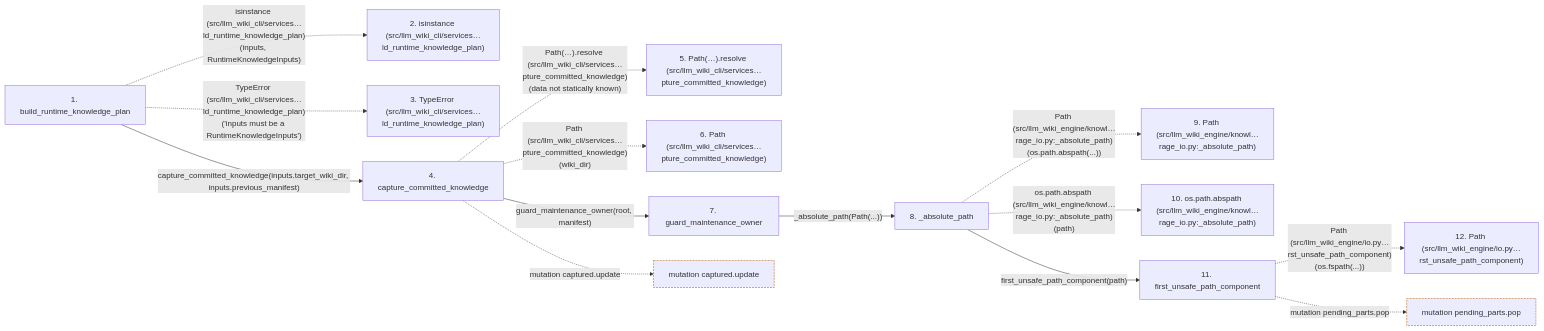
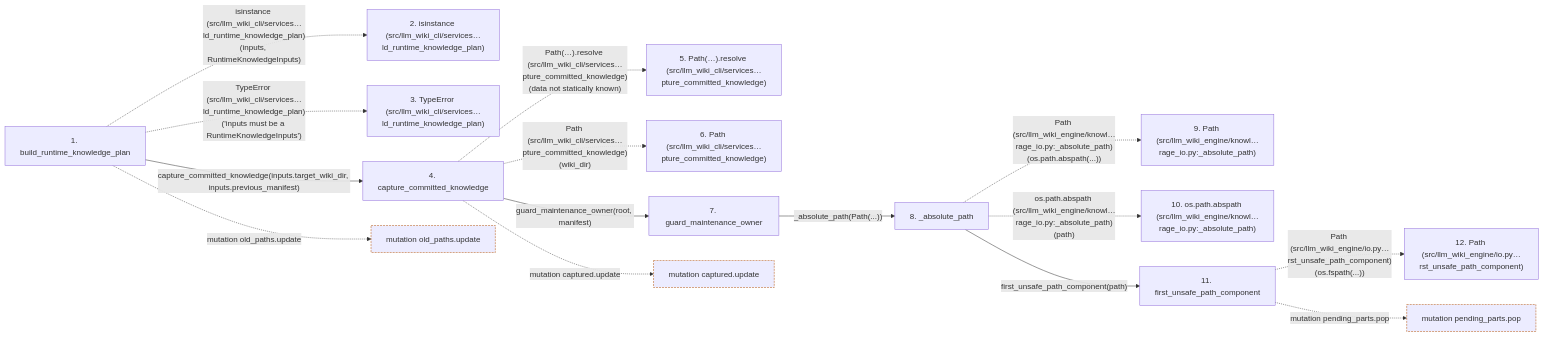
One commit to Denissvgn/python-wiki-llm changed the second of 2 diagrams in docs/llm_wiki/flows/api-build_runtime_knowledge_plan.md. Above: the diagram before and after it, drawn with Mermaid. The commit also changed other lines of this file and 699 other files, not shown here.

````diff
--- a/docs/llm_wiki/flows/api-build_runtime_knowledge_plan.md
+++ b/docs/llm_wiki/flows/api-build_runtime_knowledge_plan.md
@@ -182,38 +183,41 @@
 ```mermaid
 flowchart LR
     s1["1. build_runtime_knowledge_plan"]
     s2["2. isinstance (src/llm_wiki_cli/services…ld_runtime_knowledge_plan)"]
     s3["3. TypeError (src/llm_wiki_cli/services…ld_runtime_knowledge_plan)"]
     s4["4. capture_committed_knowledge"]
     s5["5. Path(…).resolve (src/llm_wiki_cli/services…pture_committed_knowledge)"]
     s6["6. Path (src/llm_wiki_cli/services…pture_committed_knowledge)"]
     s7["7. guard_maintenance_owner"]
     s8["8. _absolute_path"]
     s9["9. Path (src/llm_wiki_engine/knowl…rage_io.py:_absolute_path)"]
     s10["10. os.path.abspath (src/llm_wiki_engine/knowl…rage_io.py:_absolute_path)"]
     s11["11. first_unsafe_path_component"]
     s12["12. Path (src/llm_wiki_engine/io.py…rst_unsafe_path_component)"]
     s1 -. "isinstance (src/llm_wiki_cli/services…ld_runtime_knowledge_plan)(inputs, RuntimeKnowledgeInputs)" .-> s2
     s1 -. "TypeError (src/llm_wiki_cli/services…ld_runtime_knowledge_plan)('inputs must be a RuntimeKnowledgeInputs')" .-> s3
     s1 -->|"capture_committed_knowledge(inputs.target_wiki_dir, inputs.previous_manifest)"| s4
     s4 -. "Path(…).resolve (src/llm_wiki_cli/services…pture_committed_knowledge)(data not statically known)" .-> s5
     s4 -. "Path (src/llm_wiki_cli/services…pture_committed_knowledge)(wiki_dir)" .-> s6
     s4 -->|"guard_maintenance_owner(root, manifest)"| s7
     s7 -->|"_absolute_path(Path(...))"| s8
     s8 -. "Path (src/llm_wiki_engine/knowl…rage_io.py:_absolute_path)(os.path.abspath(...))" .-> s9
     s8 -. "os.path.abspath (src/llm_wiki_engine/knowl…rage_io.py:_absolute_path)(path)" .-> s10
     s8 -->|"first_unsafe_path_component(path)"| s11
     s11 -. "Path (src/llm_wiki_engine/io.py…rst_unsafe_path_component)(os.fspath(...))" .-> s12
-    b0["mutation captured.update"]
-    s4 -. "mutation captured.update" .-> b0
-    b1["mutation pending_parts.pop"]
-    s11 -. "mutation pending_parts.pop" .-> b1
+    b0["mutation old_paths.update"]
+    s1 -. "mutation old_paths.update" .-> b0
+    b1["mutation captured.update"]
+    s4 -. "mutation captured.update" .-> b1
+    b2["mutation pending_parts.pop"]
+    s11 -. "mutation pending_parts.pop" .-> b2
     click s1 "../modules/knowledge_orchestration.md"
     click s4 "../modules/knowledge_orchestration.md"
     click s7 "../modules/maintenance_protocol.md"
     click s8 "../modules/knowledge_storage_io.md"
     click s11 "../modules/io.md"
     classDef boundary stroke:#b45309,stroke-dasharray: 4 2
     class b0 boundary
     class b1 boundary
+    class b2 boundary
 ```
````
